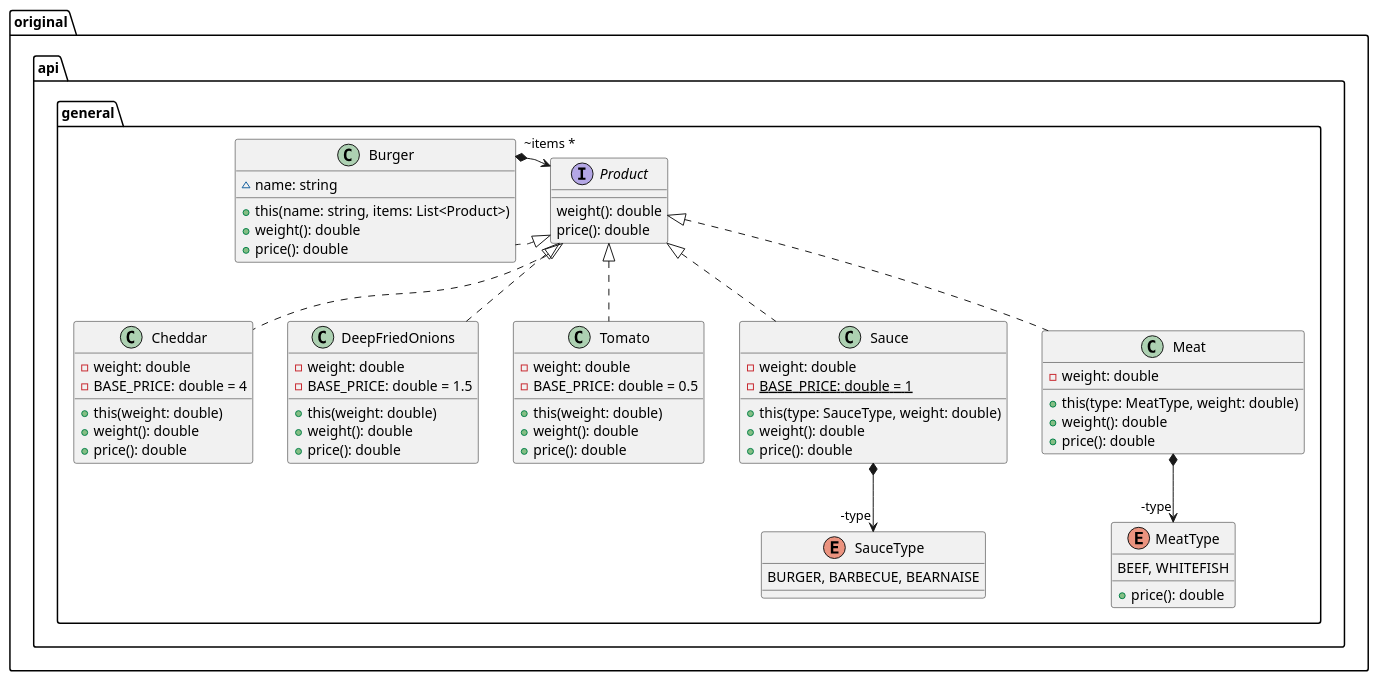
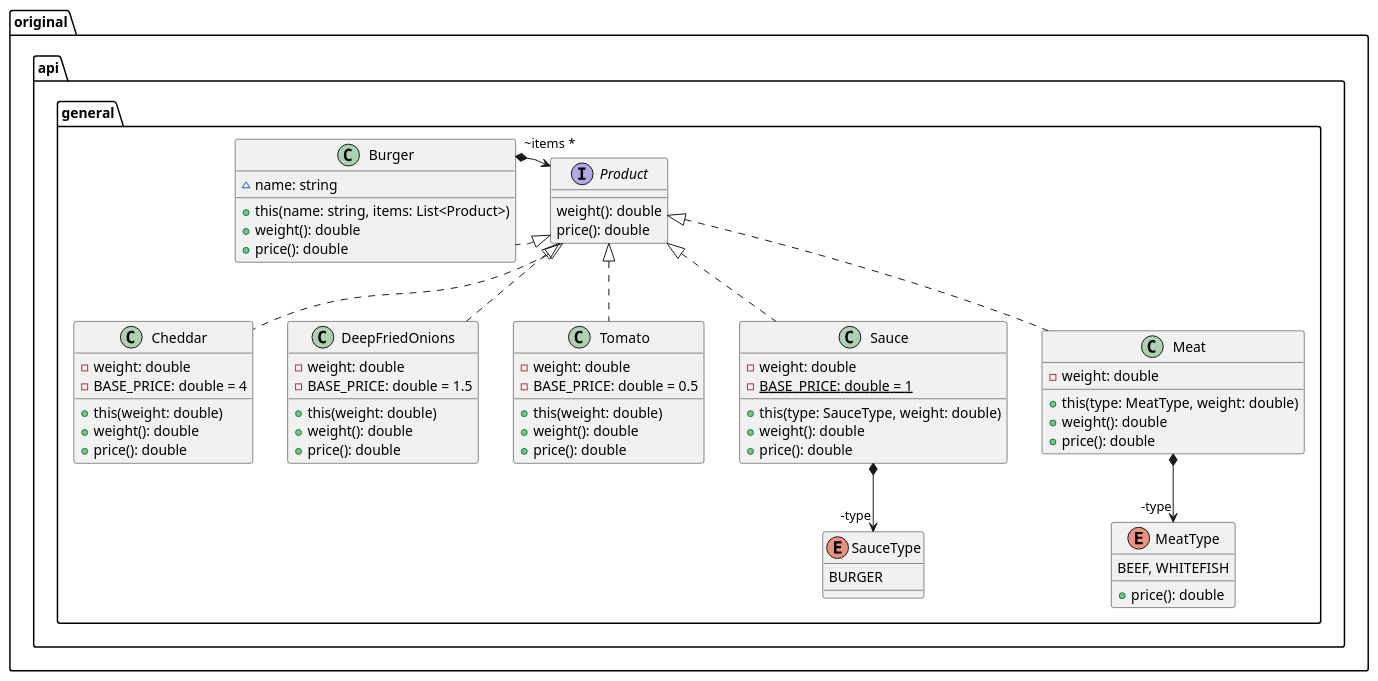
Before and after one commit to aissatoubarryfab/TdBurger: the diagram in BurgerStep0.puml, drawn with PlantUML.

```diff
--- a/BurgerStep0.puml
+++ b/BurgerStep0.puml
@@ -1,67 +1,67 @@
 @startuml classdiagram
 package original.api.general {
 
     interface Product {
         weight(): double
         price(): double
     }
 
     enum SauceType {
-        BURGER, BARBECUE, BEARNAISE
+        BURGER
     }
 
     enum MeatType {
         BEEF, WHITEFISH
         + price(): double
     }
 
     class Cheddar implements Product {
         - weight: double
         - BASE_PRICE: double = 4
         + this(weight: double)
         + weight(): double
         + price(): double
     }
 
     class DeepFriedOnions implements Product {
         - weight: double
         - BASE_PRICE: double = 1.5
         + this(weight: double)
         + weight(): double
         + price(): double
     }
 
     class Tomato implements Product {
         - weight: double
         - BASE_PRICE: double = 0.5
         + this(weight: double)
         + weight(): double
         + price(): double
     }
 
     class Sauce implements Product {
         - weight: double
         - {static} BASE_PRICE: double = 1
         + this(type: SauceType, weight: double)
         + weight(): double
         + price(): double
     }
     Sauce *--> "-type" SauceType
 
     class Meat implements Product {
         - weight: double
         + this(type: MeatType, weight: double)
         + weight(): double
         + price(): double
     }
     Meat *--> "-type" MeatType
 
     class Burger implements Product {
         ~ name: string
         + this(name: string, items: List<Product>)
         + weight(): double
         + price(): double
     }
     Burger *-> "~items *" Product
 }
 @enduml
```
